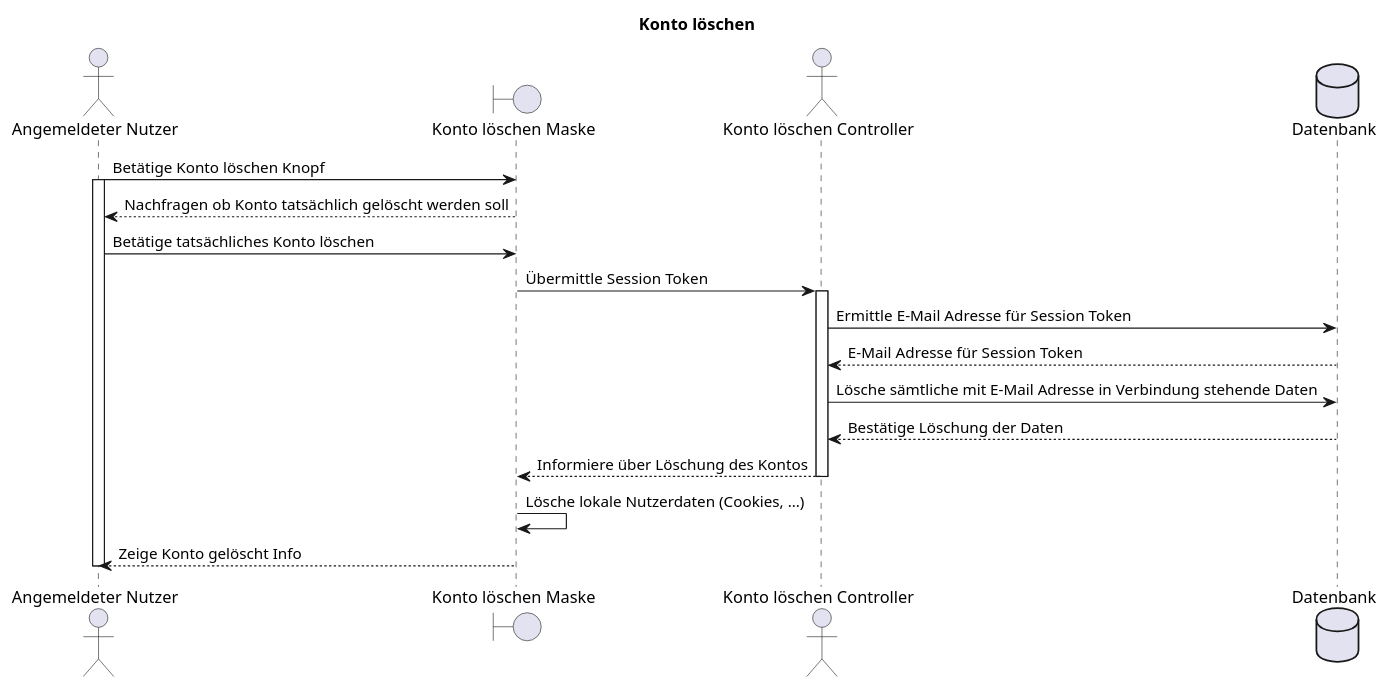
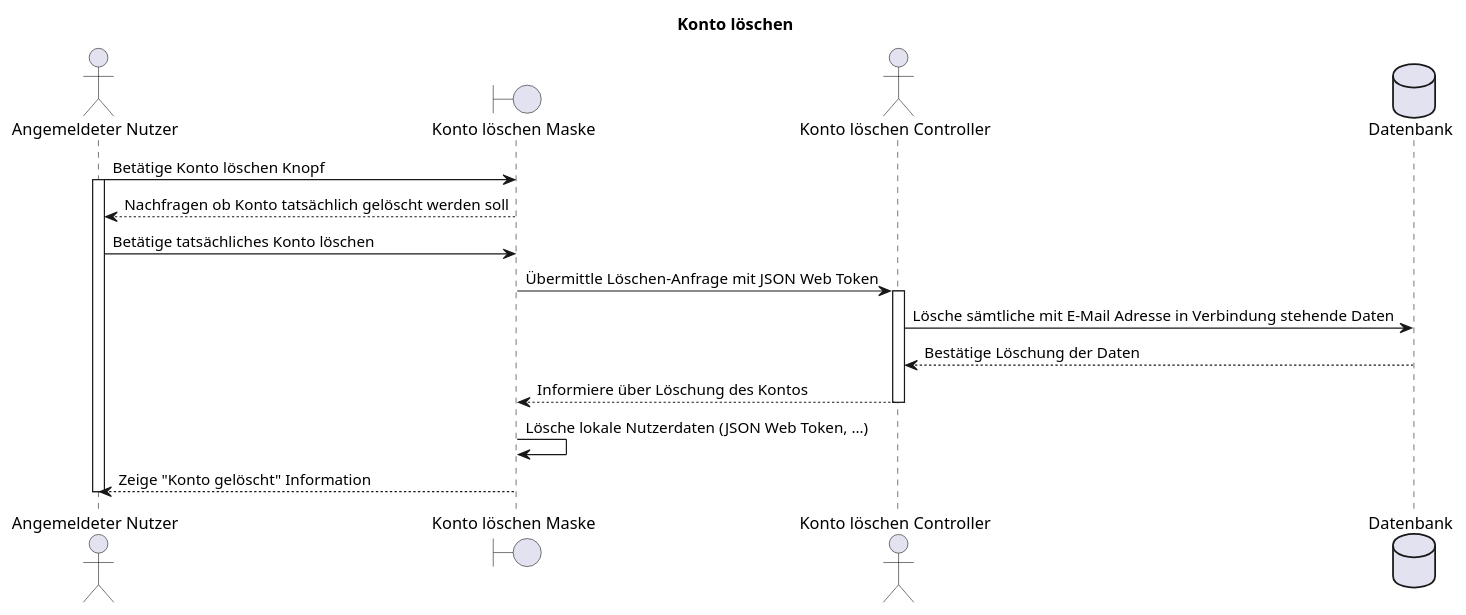
One commit to party-time-2/party-time changed the diagram in doc/F015_kontoLoeschen.plantuml. Above: the diagram before and after it, drawn with PlantUML. The commit also changed 1 other file, not shown here.

Commit message:
JSON Web Token

```diff
--- a/doc/F015_kontoLoeschen.plantuml
+++ b/doc/F015_kontoLoeschen.plantuml
@@ -1,26 +1,24 @@
 @startuml F015_kontoLoeschen
 title "Konto löschen"
 
 actor "Angemeldeter Nutzer" as user
 boundary "Konto löschen Maske" as deleteUserMask
 actor "Konto löschen Controller" as controller
 database "Datenbank" as db
 
 user -> deleteUserMask: Betätige Konto löschen Knopf
 activate user
 user <-- deleteUserMask: Nachfragen ob Konto tatsächlich gelöscht werden soll
 user -> deleteUserMask: Betätige tatsächliches Konto löschen
 
-deleteUserMask -> controller: Übermittle Session Token
+deleteUserMask -> controller: Übermittle Löschen-Anfrage mit JSON Web Token
 activate controller
-controller -> db: Ermittle E-Mail Adresse für Session Token
-controller <-- db: E-Mail Adresse für Session Token
 controller -> db: Lösche sämtliche mit E-Mail Adresse in Verbindung stehende Daten
 controller <-- db: Bestätige Löschung der Daten
 deleteUserMask <-- controller: Informiere über Löschung des Kontos
 deactivate controller
 
-deleteUserMask -> deleteUserMask: Lösche lokale Nutzerdaten (Cookies, ...)
-user <-- deleteUserMask: Zeige Konto gelöscht Info
+deleteUserMask -> deleteUserMask: Lösche lokale Nutzerdaten (JSON Web Token, ...)
+user <-- deleteUserMask: Zeige "Konto gelöscht" Information
 deactivate user
 @enduml
```
